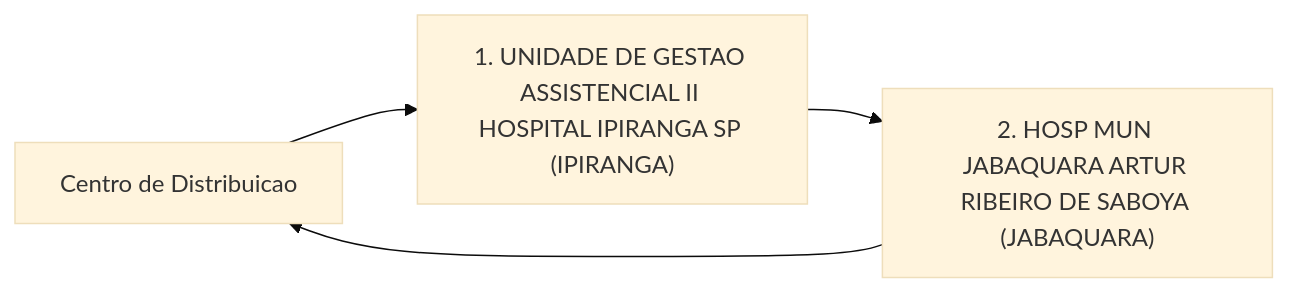
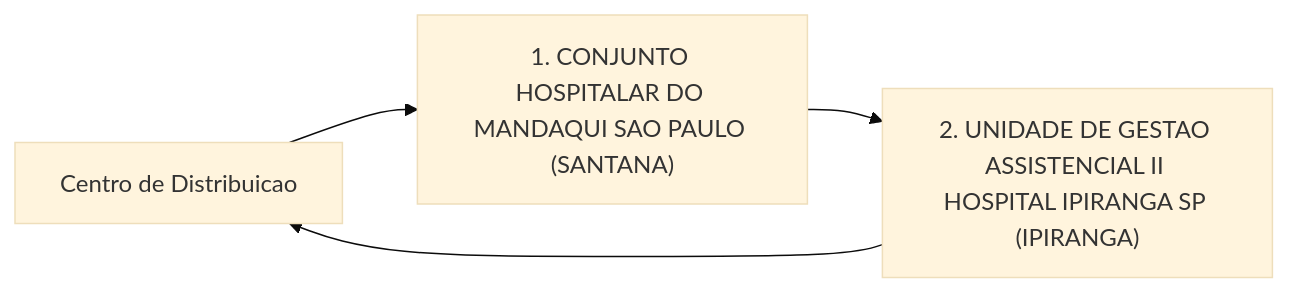
One commit to victorldomingues/pos_fiap_ia_fase2_tech_challenge changed diagram 11 of 11 in tsp/output/instrucoes_motoristas.md. Above: the diagram before and after it, drawn with Mermaid (base theme). The commit also changed other lines of this file and 6 other files, not shown here.

````diff
--- a/tsp/output/instrucoes_motoristas.md
+++ b/tsp/output/instrucoes_motoristas.md
@@ -700,9 +697,9 @@
 ```mermaid
 flowchart LR
     deposito["Centro de Distribuicao"]
-    parada_1["1. UNIDADE DE GESTAO ASSISTENCIAL II HOSPITAL IPIRANGA SP (IPIRANGA)"]
+    parada_1["1. CONJUNTO HOSPITALAR DO MANDAQUI SAO PAULO (SANTANA)"]
     deposito --> parada_1
-    parada_2["2. HOSP MUN JABAQUARA ARTUR RIBEIRO DE SABOYA (JABAQUARA)"]
+    parada_2["2. UNIDADE DE GESTAO ASSISTENCIAL II HOSPITAL IPIRANGA SP (IPIRANGA)"]
     parada_1 --> parada_2
     parada_2 --> deposito
 ```
````
